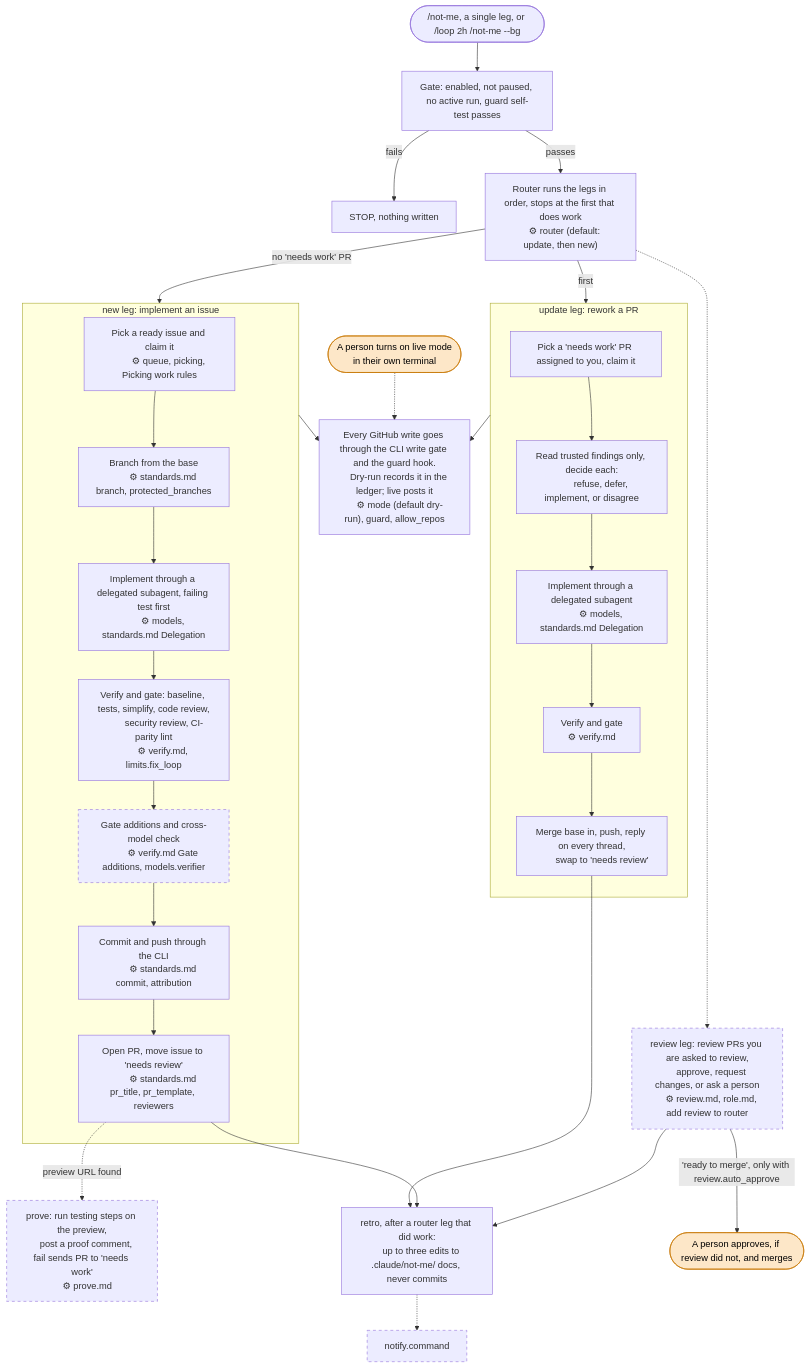
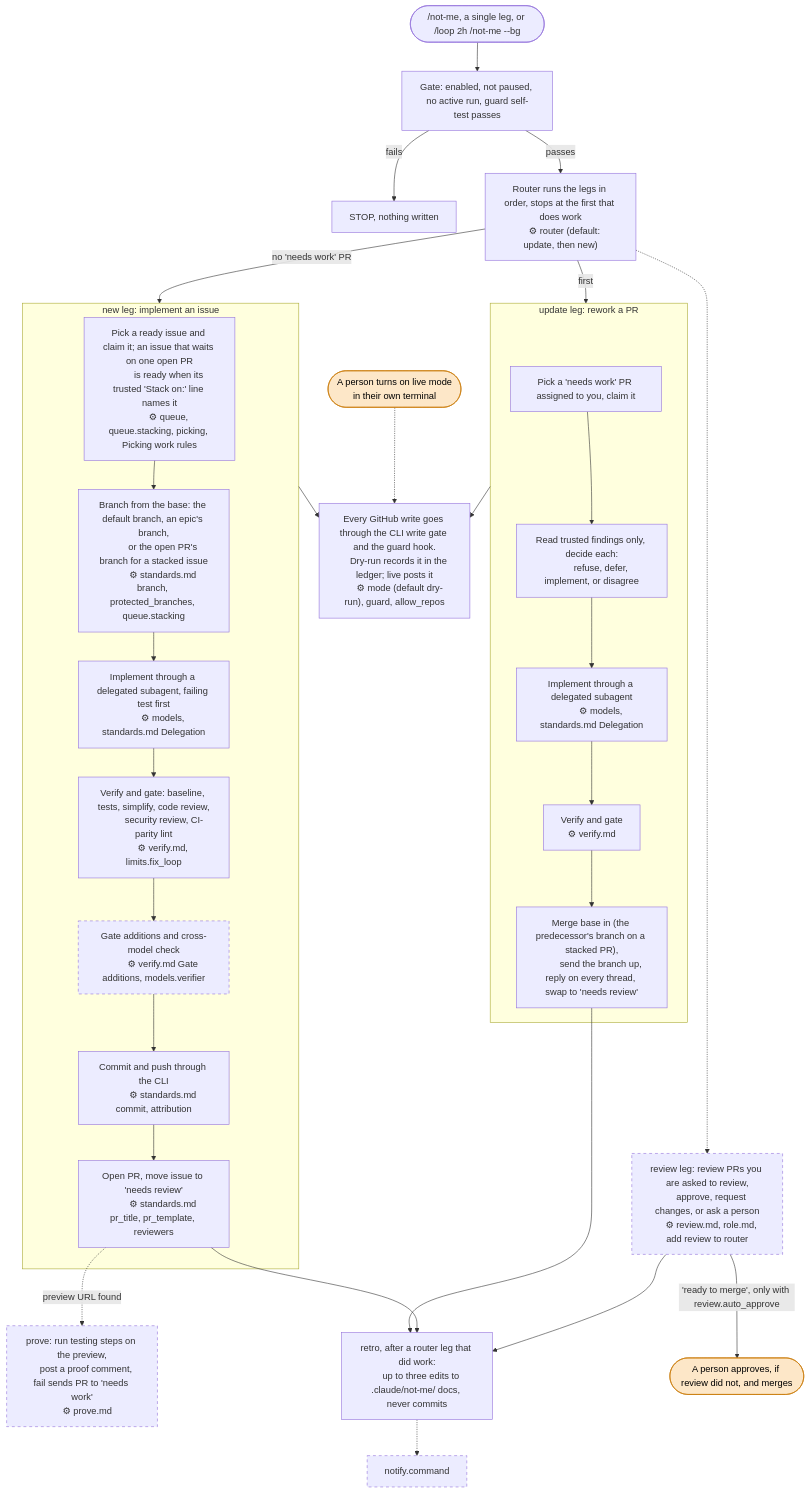
The diagram in README.md (dblanken-yale/not-me), drawn with Mermaid before and after one commit. The commit also changed 22 other files, not shown here.

First line of the commit message:
feat(113): let an issue declare it may stack on an open PR (#116)

````diff
--- a/README.md
+++ b/README.md
@@ -42,79 +42,81 @@
 ```mermaid
 flowchart TD
     trigger(["/not-me, a single leg, or /loop 2h /not-me --bg"])
     gate["Gate: enabled, not paused, no active run, guard self-test passes"]
     stopped["STOP, nothing written"]
     router["Router runs the legs in order, stops at the first that does work
     ⚙ router (default: update, then new)"]
 
     trigger --> gate
     gate -- fails --> stopped
     gate -- passes --> router
 
     subgraph update ["update leg: rework a PR"]
         u1["Pick a 'needs work' PR assigned to you, claim it"]
         u2["Read trusted findings only, decide each:
         refuse, defer, implement, or disagree"]
         u3["Implement through a delegated subagent
         ⚙ models, standards.md Delegation"]
         u4["Verify and gate
         ⚙ verify.md"]
-        u5["Merge base in, push, reply on every thread,
-        swap to 'needs review'"]
+        u5["Merge base in (the predecessor's branch on a stacked PR),
+        send the branch up, reply on every thread, swap to 'needs review'"]
         u1 --> u2 --> u3 --> u4 --> u5
     end
 
     subgraph new ["new leg: implement an issue"]
-        n1["Pick a ready issue and claim it
-        ⚙ queue, picking, Picking work rules"]
-        n2["Branch from the base
-        ⚙ standards.md branch, protected_branches"]
+        n1["Pick a ready issue and claim it; an issue that waits on one open PR
+        is ready when its trusted 'Stack on:' line names it
+        ⚙ queue, queue.stacking, picking, Picking work rules"]
+        n2["Branch from the base: the default branch, an epic's branch,
+        or the open PR's branch for a stacked issue
+        ⚙ standards.md branch, protected_branches, queue.stacking"]
         n3["Implement through a delegated subagent, failing test first
         ⚙ models, standards.md Delegation"]
         n4["Verify and gate: baseline, tests, simplify, code review,
         security review, CI-parity lint
         ⚙ verify.md, limits.fix_loop"]
         n4b["Gate additions and cross-model check
         ⚙ verify.md Gate additions, models.verifier"]
         n5["Commit and push through the CLI
         ⚙ standards.md commit, attribution"]
         n6["Open PR, move issue to 'needs review'
         ⚙ standards.md pr_title, pr_template, reviewers"]
         n1 --> n2 --> n3 --> n4 --> n4b --> n5 --> n6
     end
 
     router -- "first" --> update
     router -- "no 'needs work' PR" --> new
 
     review["review leg: review PRs you are asked to review,
     approve, request changes, or ask a person
     ⚙ review.md, role.md, add review to router"]
     prove["prove: run testing steps on the preview,
     post a proof comment, fail sends PR to 'needs work'
     ⚙ prove.md"]
     retro["retro, after a router leg that did work:
     up to three edits to .claude/not-me/ docs, never commits"]
     notify["notify.command"]
     writes["Every GitHub write goes through the CLI write gate and the guard hook.
     Dry-run records it in the ledger; live posts it
     ⚙ mode (default dry-run), guard, allow_repos"]
     live(["A person turns on live mode
     in their own terminal"])
     merge(["A person approves, if review did not, and merges"])
 
     router -.-> review
     n6 -. "preview URL found" .-> prove
     u5 --> retro
     n6 --> retro
     review --> retro
     retro -.-> notify
     update --> writes
     new --> writes
     live -.-> writes
     review -- "'ready to merge', only with review.auto_approve" --> merge
 
     classDef optional stroke-dasharray: 5 5
     classDef person fill:#fde7c8,stroke:#c77700,color:#000
     class review,prove,notify,n4b optional
     class live,merge person
 ```
````
